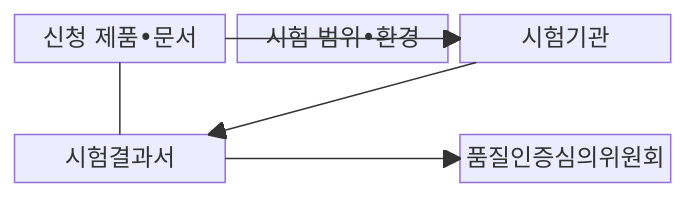
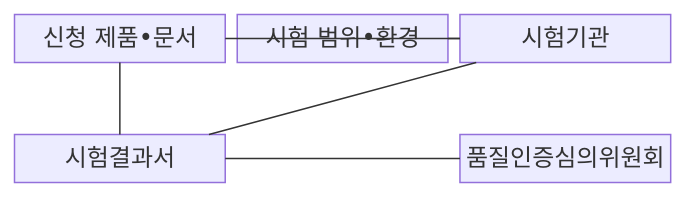
The first of 2 diagrams in src/content/docs/notes/06-evaluation/031_tta_sw_quality_test.md (agnusdei1207/knowledge-base), drawn with Mermaid before and after one commit. The commit also changed other lines of this file and 493 other files, not shown here.

````diff
--- a/src/content/docs/notes/06-evaluation/031_tta_sw_quality_test.md
+++ b/src/content/docs/notes/06-evaluation/031_tta_sw_quality_test.md
@@ -67,12 +67,12 @@
 ```mermaid
 block-beta
   columns 3
     P["신청 제품•문서"] E["시험 범위•환경"] T["시험기관"]
     space:3
     R["시험결과서"] space C["품질인증심의위원회"]
-    P --> T
-    E --> T
-    T --> R
-    R --> C
+    P --- T
+    E --- T
+    T --- R
+    R --- C
   P --- R
 ```
````
